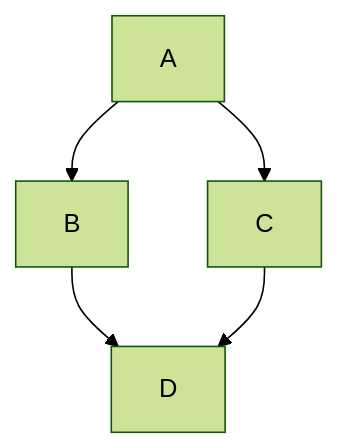
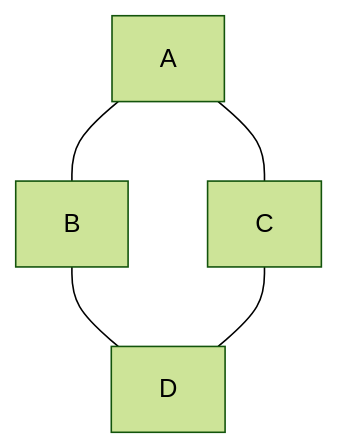
Before and after one commit to djaimej/computer-science-template: the diagram in public/documents/semester-2/2/2265.md, drawn with Mermaid (forest theme). The commit also changed 44 other files, not shown here.

````diff
--- a/public/documents/semester-2/2/2265.md
+++ b/public/documents/semester-2/2/2265.md
@@ -76,7 +76,7 @@
 ```mermaid
 graph TD
-    A --> B
-    A --> C
-    B --> D
-    C --> D
+    A --- B
+    A --- C
+    B --- D
+    C --- D
 ```
````
